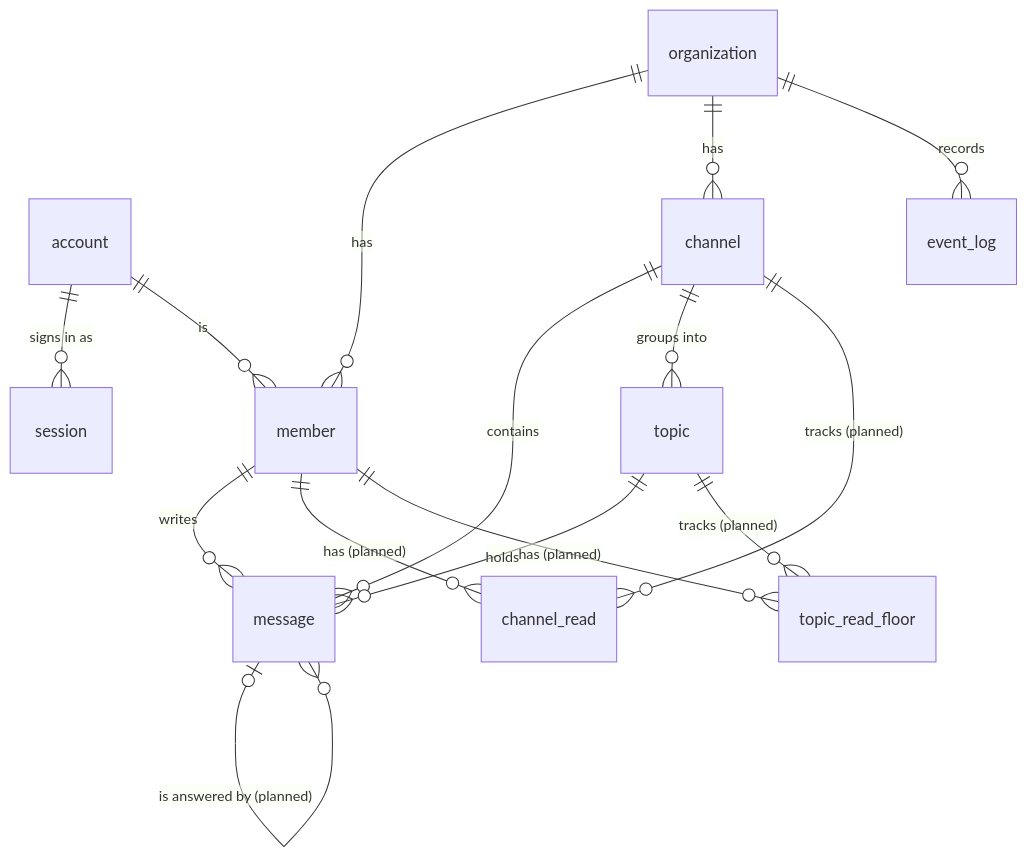
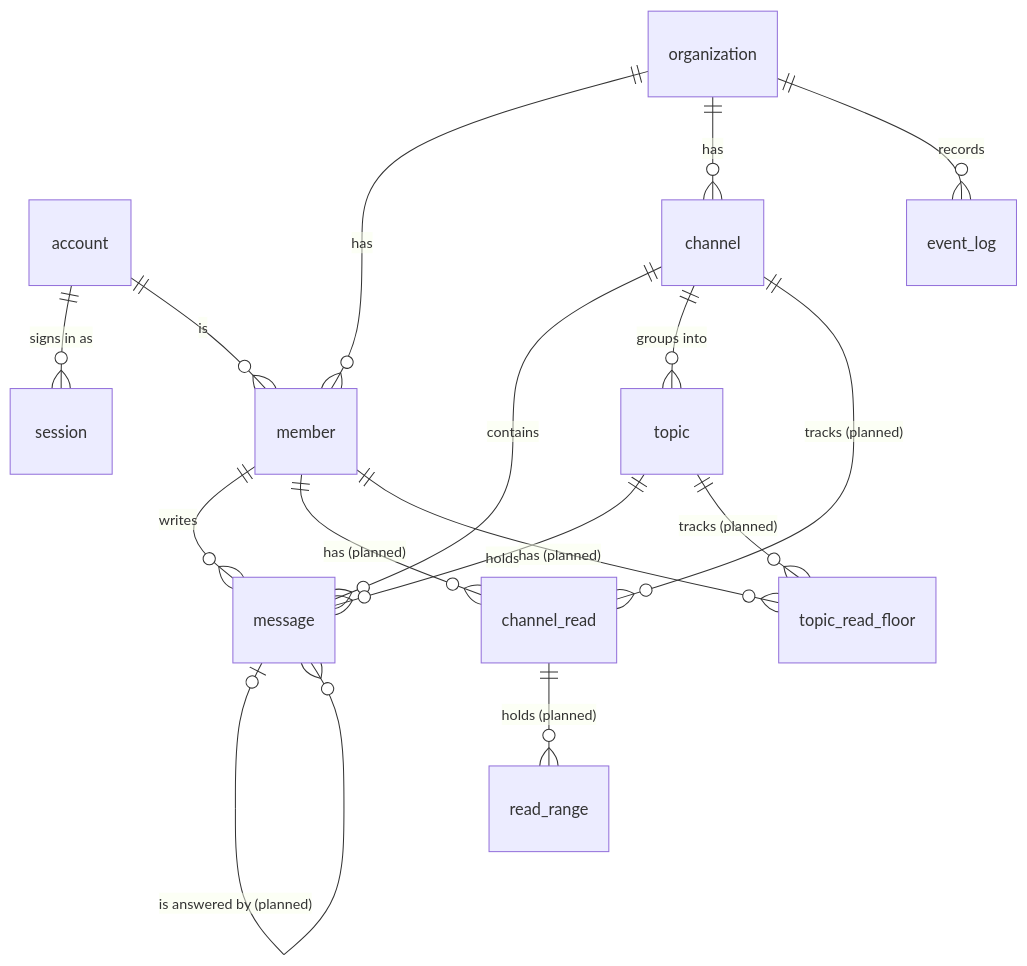
One commit to tkakkie/ribbitto changed the diagram in docs/domain/entities.md. Above: the diagram before and after it, drawn with Mermaid. The commit also changed other lines of this file and 4 other files, not shown here.

````diff
--- a/docs/domain/entities.md
+++ b/docs/domain/entities.md
@@ -13,17 +13,18 @@
 ```mermaid
 erDiagram
   account ||--o{ session : "signs in as"
   account ||--o{ member : "is"
   organization ||--o{ member : "has"
   organization ||--o{ channel : "has"
   organization ||--o{ event_log : "records"
   channel ||--o{ message : "contains"
   message |o--o{ message : "is answered by (planned)"
   channel ||--o{ topic : "groups into"
   topic ||--o{ message : "holds"
   member ||--o{ message : "writes"
   channel ||--o{ channel_read : "tracks (planned)"
   member ||--o{ channel_read : "has (planned)"
+  channel_read ||--o{ read_range : "holds (planned)"
   topic ||--o{ topic_read_floor : "tracks (planned)"
   member ||--o{ topic_read_floor : "has (planned)"
 ```
````
